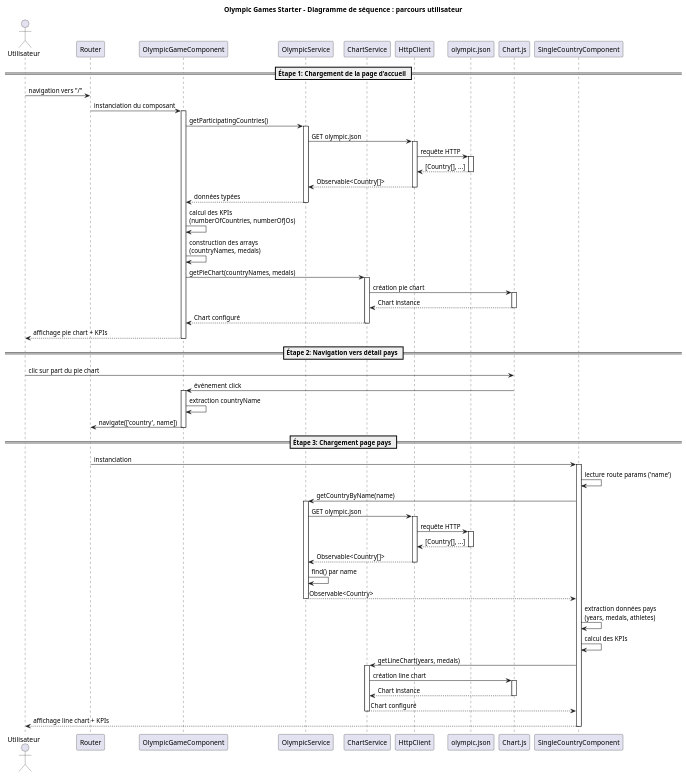
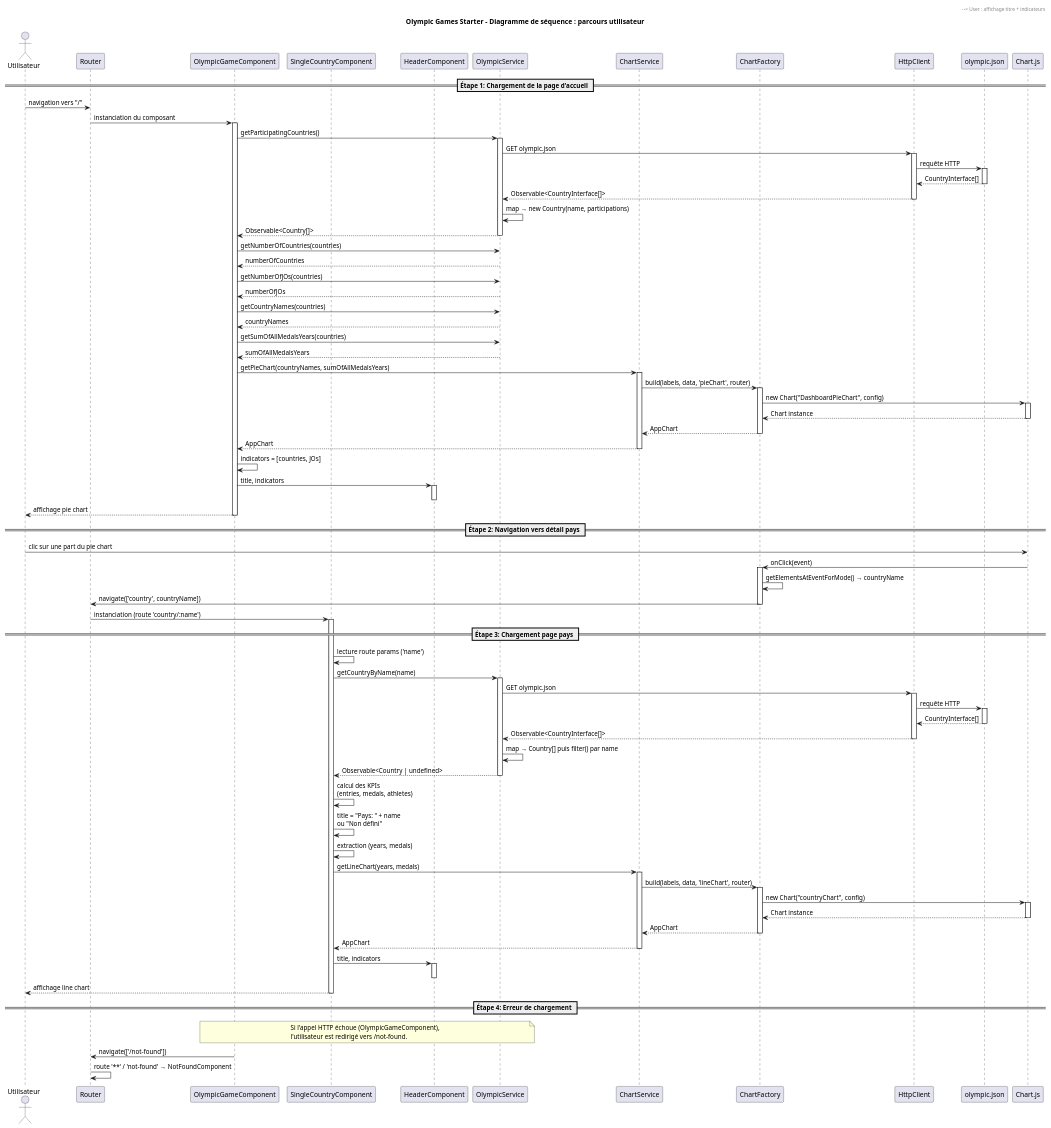
One commit to laurentmariko-hub/openclassroom-projet-2 changed the diagram in docs/diagrams/sequence-diagram.puml. Above: the diagram before and after it, drawn with PlantUML. The commit also changed 9 other files, not shown here.

```diff
--- a/docs/diagrams/sequence-diagram.puml
+++ b/docs/diagrams/sequence-diagram.puml
@@ -1,92 +1,124 @@
 @startuml sequence-diagram
 title Olympic Games Starter - Diagramme de séquence : parcours utilisateur
 
 actor Utilisateur as User
 participant "Router" as Router
 participant "OlympicGameComponent" as OlympicGame
+participant "SingleCountryComponent" as SingleCountry
+participant "HeaderComponent" as Header
 participant "OlympicService" as Service
 participant "ChartService" as ChartSvc
+participant "ChartFactory" as Factory
 participant "HttpClient" as Http
 participant "olympic.json" as Json
 participant "Chart.js" as Chart
 
 == Étape 1: Chargement de la page d'accueil ==
 User -> Router : navigation vers "/"
 Router -> OlympicGame : instanciation du composant
 activate OlympicGame
 
 OlympicGame -> Service : getParticipatingCountries()
 activate Service
 Service -> Http : GET olympic.json
 activate Http
 Http -> Json : requête HTTP
 activate Json
-Json --> Http : [Country[], ...]
+Json --> Http : CountryInterface[]
 deactivate Json
-Http --> Service : Observable<Country[]>
+Http --> Service : Observable<CountryInterface[]>
 deactivate Http
-
-Service --> OlympicGame : données typées
+Service -> Service : map → new Country(name, participations)
+Service --> OlympicGame : Observable<Country[]>
 deactivate Service
 
-OlympicGame -> OlympicGame : calcul des KPIs\n(numberOfCountries, numberOfJOs)
-OlympicGame -> OlympicGame : construction des arrays\n(countryNames, medals)
+OlympicGame -> Service : getNumberOfCountries(countries)
+Service --> OlympicGame : numberOfCountries
+OlympicGame -> Service : getNumberOfJOs(countries)
+Service --> OlympicGame : numberOfJOs
+OlympicGame -> Service : getCountryNames(countries)
+Service --> OlympicGame : countryNames
+OlympicGame -> Service : getSumOfAllMedalsYears(countries)
+Service --> OlympicGame : sumOfAllMedalsYears
 
-OlympicGame -> ChartSvc : getPieChart(countryNames, medals)
+OlympicGame -> ChartSvc : getPieChart(countryNames, sumOfAllMedalsYears)
 activate ChartSvc
-ChartSvc -> Chart : création pie chart
+ChartSvc -> Factory : build(labels, data, 'pieChart', router)
+activate Factory
+Factory -> Chart : new Chart("DashboardPieChart", config)
 activate Chart
-Chart --> ChartSvc : Chart instance
+Chart --> Factory : Chart instance
 deactivate Chart
-ChartSvc --> OlympicGame : Chart configuré
+Factory --> ChartSvc : AppChart
+deactivate Factory
+ChartSvc --> OlympicGame : AppChart
 deactivate ChartSvc
 
-OlympicGame --> User : affichage pie chart + KPIs
+OlympicGame -> OlympicGame : indicators = [countries, JOs]
+OlympicGame -> Header : title, indicators
+activate Header
+Header --> User : affichage titre + indicateurs
+deactivate Header
+OlympicGame --> User : affichage pie chart
 deactivate OlympicGame
 
 == Étape 2: Navigation vers détail pays ==
-User -> Chart : clic sur part du pie chart
-Chart -> OlympicGame : événement click
-activate OlympicGame
-OlympicGame -> OlympicGame : extraction countryName
-OlympicGame -> Router : navigate(['country', name])
-deactivate OlympicGame
+User -> Chart : clic sur une part du pie chart
+Chart -> Factory : onClick(event)
+activate Factory
+Factory -> Factory : getElementsAtEventForMode() → countryName
+Factory -> Router : navigate(['country', countryName])
+deactivate Factory
+Router -> SingleCountry : instanciation (route 'country/:name')
 
 == Étape 3: Chargement page pays ==
-participant "SingleCountryComponent" as SingleCountry
-Router -> SingleCountry : instanciation
 activate SingleCountry
-
 SingleCountry -> SingleCountry : lecture route params ('name')
 
 SingleCountry -> Service : getCountryByName(name)
 activate Service
 Service -> Http : GET olympic.json
 activate Http
 Http -> Json : requête HTTP
 activate Json
-Json --> Http : [Country[], ...]
+Json --> Http : CountryInterface[]
 deactivate Json
-Http --> Service : Observable<Country[]>
+Http --> Service : Observable<CountryInterface[]>
 deactivate Http
-
-Service -> Service : find() par name
-Service --> SingleCountry : Observable<Country>
+Service -> Service : map → Country[] puis filter() par name
+Service --> SingleCountry : Observable<Country | undefined>
 deactivate Service
 
-SingleCountry -> SingleCountry : extraction données pays\n(years, medals, athletes)
-SingleCountry -> SingleCountry : calcul des KPIs
+SingleCountry -> SingleCountry : calcul des KPIs\n(entries, medals, athletes)
+SingleCountry -> SingleCountry : title = "Pays: " + name\nou "Non défini"
+SingleCountry -> SingleCountry : extraction (years, medals)
 
 SingleCountry -> ChartSvc : getLineChart(years, medals)
 activate ChartSvc
-ChartSvc -> Chart : création line chart
+ChartSvc -> Factory : build(labels, data, 'lineChart', router)
+activate Factory
+Factory -> Chart : new Chart("countryChart", config)
 activate Chart
-Chart --> ChartSvc : Chart instance
+Chart --> Factory : Chart instance
 deactivate Chart
-ChartSvc --> SingleCountry : Chart configuré
+Factory --> ChartSvc : AppChart
+deactivate Factory
+ChartSvc --> SingleCountry : AppChart
 deactivate ChartSvc
 
-SingleCountry --> User : affichage line chart + KPIs
+SingleCountry -> Header : title, indicators
+activate Header
+Header --> User : affichage titre + indicateurs
+deactivate Header
+SingleCountry --> User : affichage line chart
 deactivate SingleCountry
 
+== Étape 4: Erreur de chargement ==
+note over OlympicGame, Service
+  Si l'appel HTTP échoue (OlympicGameComponent),
+  l'utilisateur est redirigé vers /not-found.
+end note
+OlympicGame -> Router : navigate(['/not-found'])
+Router -> Router : route '**' / 'not-found' → NotFoundComponent
+
 @enduml
```
